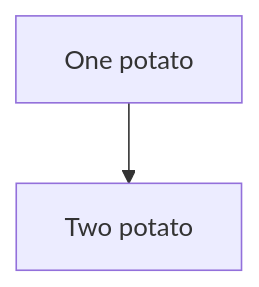
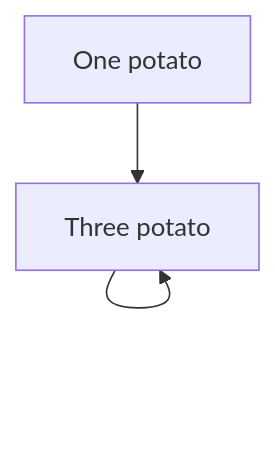
The diagram in docs/index.md (tewhatuora/design-docs-playground), drawn with Mermaid before and after one commit.

````diff
--- a/docs/index.md
+++ b/docs/index.md
@@ -26,4 +26,4 @@
 ```mermaid
 flowchart TD
-	A[One potato] --> B[Two potato]
+	A[One potato] --> B[Two potato] --> B[Three potato]
 ```
````
